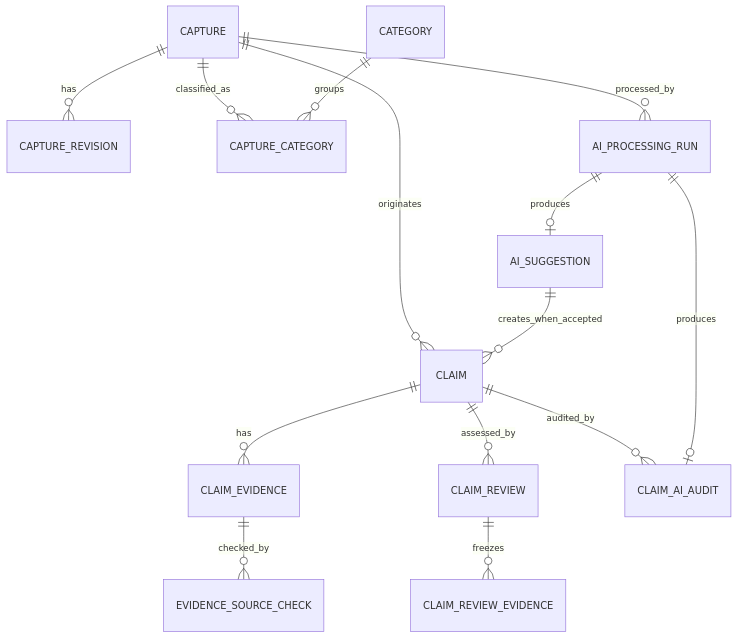
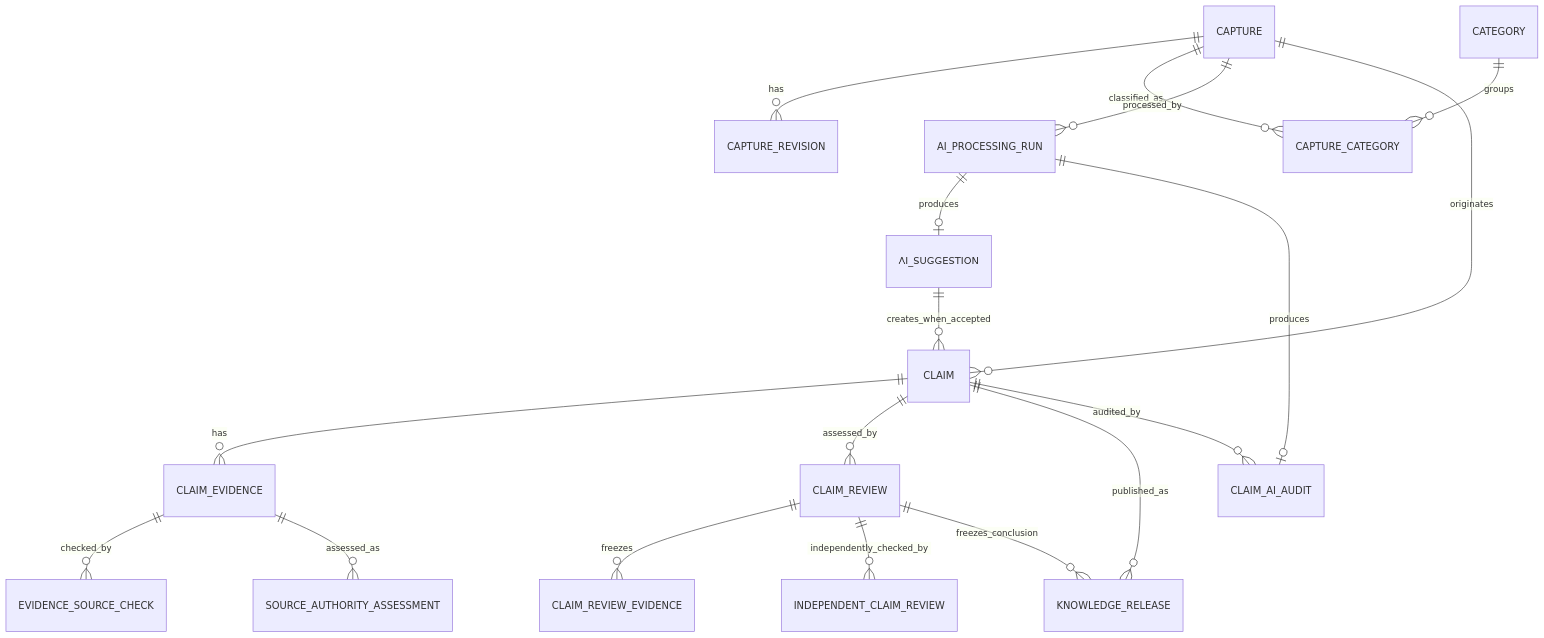
One commit to Yotoha0303/KnowTrace changed the diagram in docs/03-domain-model.md. Above: the diagram before and after it, drawn with Mermaid. The commit also changed other lines of this file and 32 other files, not shown here.

````diff
--- a/docs/03-domain-model.md
+++ b/docs/03-domain-model.md
@@ -140,16 +140,20 @@
 ```mermaid
 erDiagram
     CAPTURE ||--o{ CAPTURE_REVISION : has
     CAPTURE ||--o{ CAPTURE_CATEGORY : classified_as
     CATEGORY ||--o{ CAPTURE_CATEGORY : groups
     CAPTURE ||--o{ AI_PROCESSING_RUN : processed_by
     AI_PROCESSING_RUN ||--o| AI_SUGGESTION : produces
     CAPTURE ||--o{ CLAIM : originates
     AI_SUGGESTION ||--o{ CLAIM : creates_when_accepted
     CLAIM ||--o{ CLAIM_EVIDENCE : has
     CLAIM_EVIDENCE ||--o{ EVIDENCE_SOURCE_CHECK : checked_by
     CLAIM ||--o{ CLAIM_REVIEW : assessed_by
     CLAIM_REVIEW ||--o{ CLAIM_REVIEW_EVIDENCE : freezes
+    CLAIM_EVIDENCE ||--o{ SOURCE_AUTHORITY_ASSESSMENT : assessed_as
+    CLAIM_REVIEW ||--o{ INDEPENDENT_CLAIM_REVIEW : independently_checked_by
+    CLAIM ||--o{ KNOWLEDGE_RELEASE : published_as
+    CLAIM_REVIEW ||--o{ KNOWLEDGE_RELEASE : freezes_conclusion
     CLAIM ||--o{ CLAIM_AI_AUDIT : audited_by
     AI_PROCESSING_RUN ||--o| CLAIM_AI_AUDIT : produces
 ```
````
